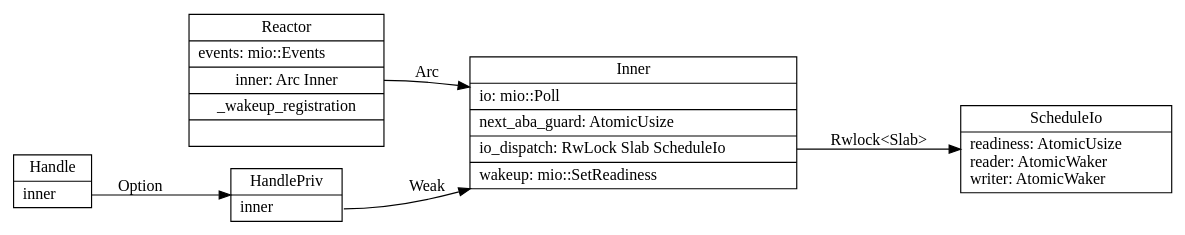
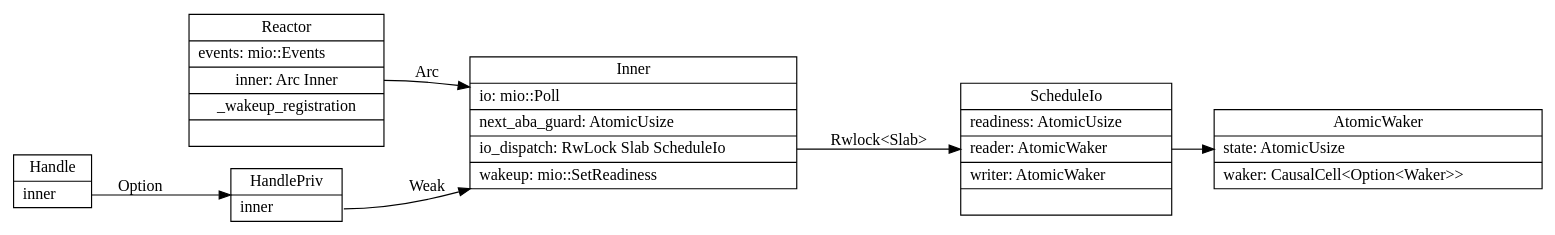
The diagram in src/tokio/reactor-park-struct.dot (xieyu/blog), drawn with Graphviz before and after one commit. The commit also changed 5 other files, not shown here.

```diff
--- a/src/tokio/reactor-park-struct.dot
+++ b/src/tokio/reactor-park-struct.dot
@@ -1,57 +1,67 @@
 digraph reactor_park_struct {
   node[shape=box;];
   newrank=true;
   rankdir=LR;
 
   Reactor [
     shape="record";
     label="{{
       Reactor |
       events: mio::Events\l|
       <inner> inner: Arc Inner|
       _wakeup_registration|
     }}";
   ];
 
   Inner[
     shape="record";
     label="{{
       Inner|
       io:  mio::Poll\l|
       next_aba_guard: AtomicUsize\l|
       <scheduleio> io_dispatch: RwLock Slab ScheduleIo \l|
       wakeup: mio::SetReadiness\l
     }}";
   ];
 
   Handle [
     shape="record";
     label="{{
       Handle |
       <inner> inner \l
     }}";
   ];
 
   HandlePriv[
     shape="record";
     label="{{
       HandlePriv|
       <inner> inner \l
     }}";
   ];
 
   ScheduleIo[
     shape="record";
     label="{{
       ScheduleIo|
-      readiness: AtomicUsize\l
-      reader: AtomicWaker\l
-      writer: AtomicWaker\l
+      readiness: AtomicUsize\l|
+      <r>reader: AtomicWaker\l|
+      <w>writer: AtomicWaker\l|
+    }}";
+  ]
+
+  AtomicWaker [
+    shape="record";
+    label="{{
+      AtomicWaker |
+      state: AtomicUsize\l|
+      waker: CausalCell\<Option\<Waker\>\>\l
     }}";
   ]
 
   Handle:inner -> HandlePriv[label="Option"];
   HandlePriv:inner -> Inner[label="Weak"];
   Reactor:inner -> Inner[label="Arc"];
   Inner:scheduleio -> ScheduleIo[label="Rwlock\<Slab\>"];
+  {ScheduleIo:r, ScheduleIo:w} -> AtomicWaker;
 }
```
